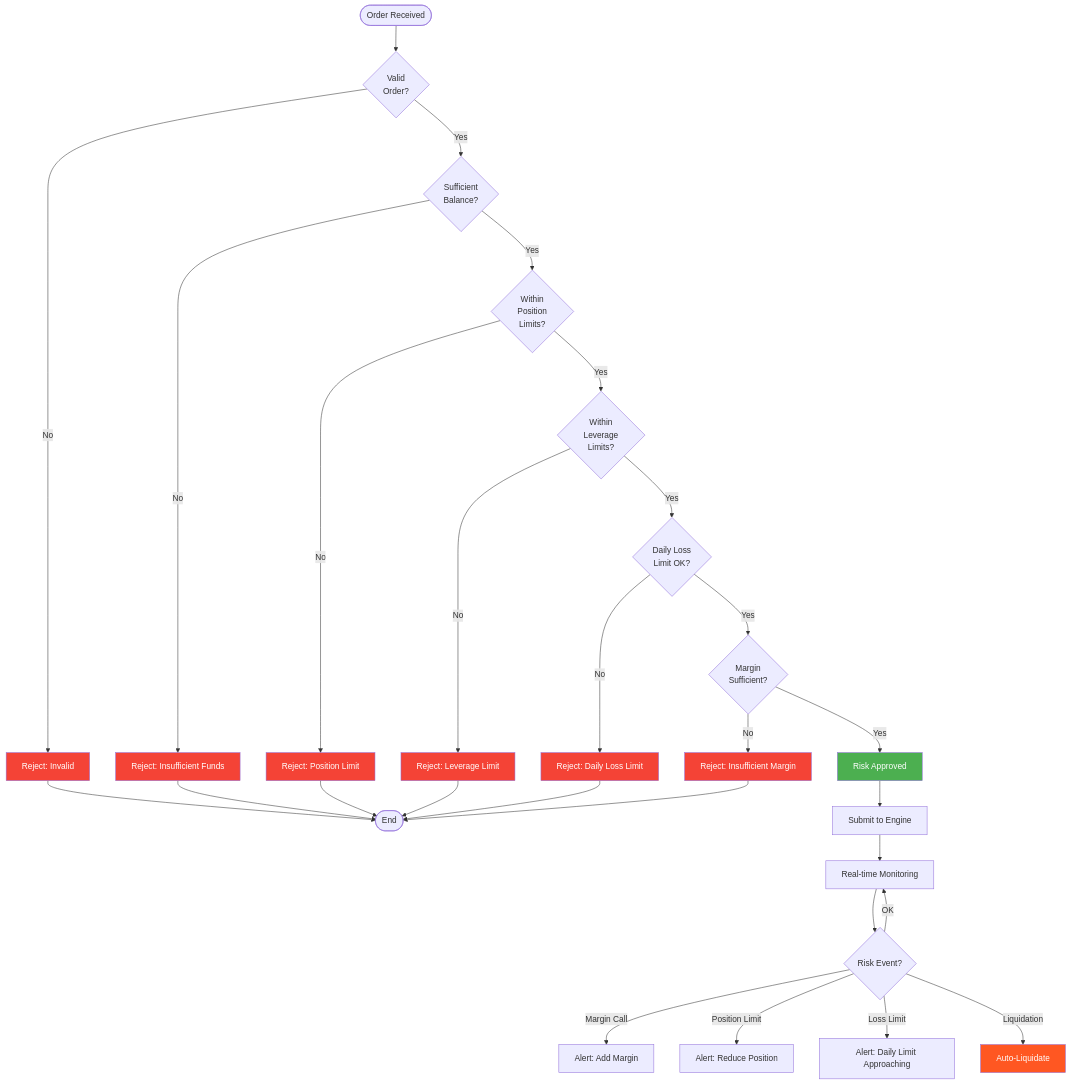
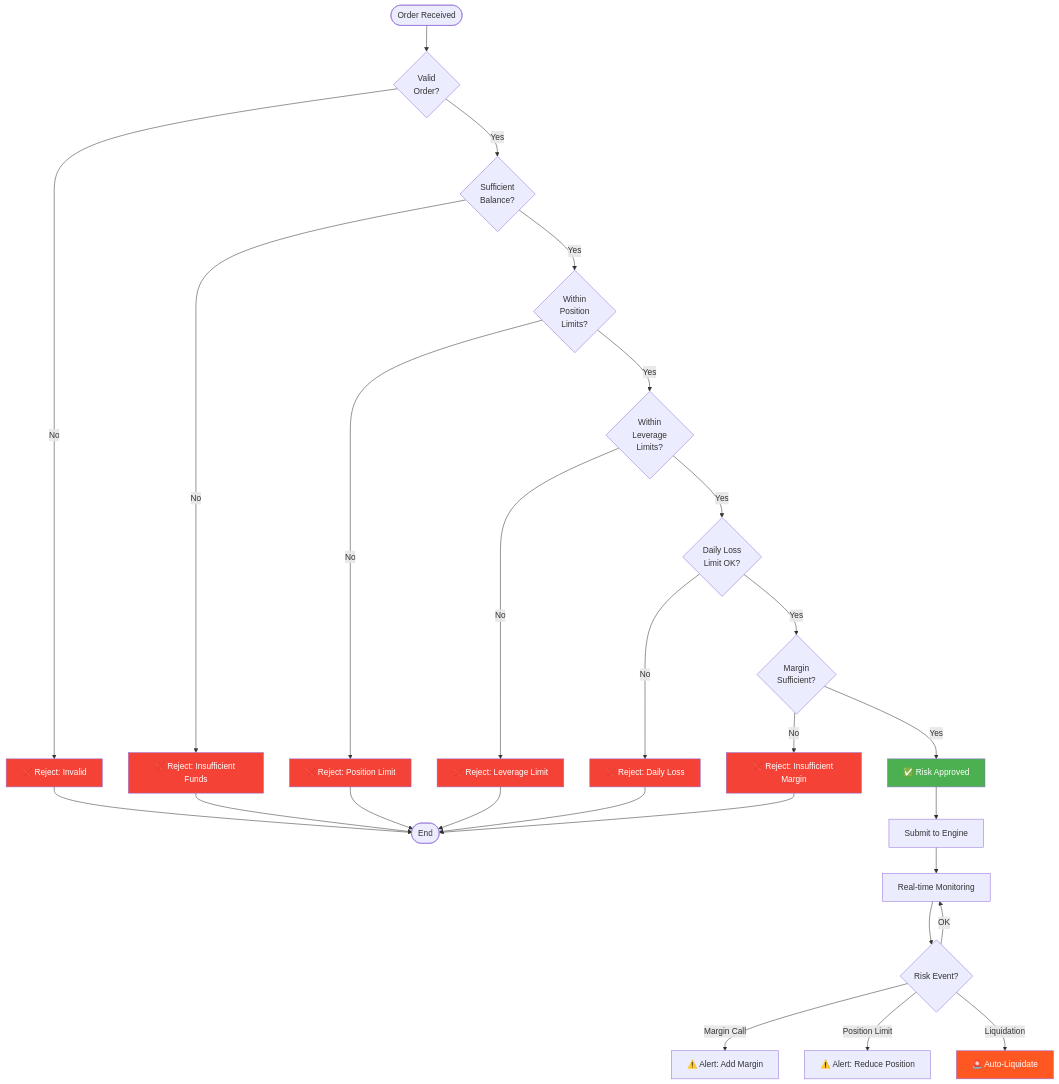
One commit to abdoElHodaky/tradSys changed diagram 12 of 52 in diagrams.md. Above: the diagram before and after it, drawn with Mermaid. The commit also changed other lines of this file, not shown here.

````diff
--- a/diagrams.md
+++ b/diagrams.md
@@ -814,48 +429,47 @@
 ```mermaid
 flowchart TD
-    START([Order Received]) --> VALIDATE{Valid<br/>Order?}
+    START(["Order Received"]) --> VALIDATE{"Valid<br/>Order?"}
     
-    VALIDATE -->|No| REJECT1[Reject: Invalid]
-    VALIDATE -->|Yes| BALANCE{Sufficient<br/>Balance?}
+    VALIDATE -->|No| REJECT1["❌ Reject: Invalid"]
+    VALIDATE -->|Yes| BALANCE{"Sufficient<br/>Balance?"}
     
-    BALANCE -->|No| REJECT2[Reject: Insufficient Funds]
-    BALANCE -->|Yes| POSITION{Within<br/>Position<br/>Limits?}
+    BALANCE -->|No| REJECT2["❌ Reject: Insufficient Funds"]
+    BALANCE -->|Yes| POSITION{"Within<br/>Position<br/>Limits?"}
     
-    POSITION -->|No| REJECT3[Reject: Position Limit]
-    POSITION -->|Yes| LEVERAGE{Within<br/>Leverage<br/>Limits?}
+    POSITION -->|No| REJECT3["❌ Reject: Position Limit"]
+    POSITION -->|Yes| LEVERAGE{"Within<br/>Leverage<br/>Limits?"}
     
-    LEVERAGE -->|No| REJECT4[Reject: Leverage Limit]
-    LEVERAGE -->|Yes| DAILY{Daily Loss<br/>Limit OK?}
+    LEVERAGE -->|No| REJECT4["❌ Reject: Leverage Limit"]
+    LEVERAGE -->|Yes| DAILY{"Daily Loss<br/>Limit OK?"}
     
-    DAILY -->|No| REJECT5[Reject: Daily Loss Limit]
-    DAILY -->|Yes| MARGIN{Margin<br/>Sufficient?}
+    DAILY -->|No| REJECT5["❌ Reject: Daily Loss"]
+    DAILY -->|Yes| MARGIN{"Margin<br/>Sufficient?"}
     
-    MARGIN -->|No| REJECT6[Reject: Insufficient Margin]
-    MARGIN -->|Yes| APPROVED[Risk Approved]
+    MARGIN -->|No| REJECT6["❌ Reject: Insufficient Margin"]
+    MARGIN -->|Yes| APPROVED["✅ Risk Approved"]
     
-    APPROVED --> SUBMIT[Submit to Engine]
-    SUBMIT --> MONITOR[Real-time Monitoring]
+    APPROVED --> SUBMIT["Submit to Engine"]
+    SUBMIT --> MONITOR["Real-time Monitoring"]
     
-    MONITOR --> CHECK{Risk Event?}
-    CHECK -->|Margin Call| ALERT1[Alert: Add Margin]
-    CHECK -->|Position Limit| ALERT2[Alert: Reduce Position]
-    CHECK -->|Loss Limit| ALERT3[Alert: Daily Limit Approaching]
-    CHECK -->|Liquidation| ACTION[Auto-Liquidate]
+    MONITOR --> CHECK{"Risk Event?"}
+    CHECK -->|Margin Call| ALERT1["⚠️ Alert: Add Margin"]
+    CHECK -->|Position Limit| ALERT2["⚠️ Alert: Reduce Position"]
+    CHECK -->|Liquidation| ACTION["🚨 Auto-Liquidate"]
     CHECK -->|OK| MONITOR
     
-    REJECT1 --> END([End])
+    REJECT1 --> END(["End"])
     REJECT2 --> END
     REJECT3 --> END
     REJECT4 --> END
     REJECT5 --> END
     REJECT6 --> END
     
     style APPROVED fill:#4CAF50,color:#fff
     style REJECT1 fill:#F44336,color:#fff
     style REJECT2 fill:#F44336,color:#fff
     style REJECT3 fill:#F44336,color:#fff
     style REJECT4 fill:#F44336,color:#fff
     style REJECT5 fill:#F44336,color:#fff
     style REJECT6 fill:#F44336,color:#fff
     style ACTION fill:#FF5722,color:#fff
 ```
````
